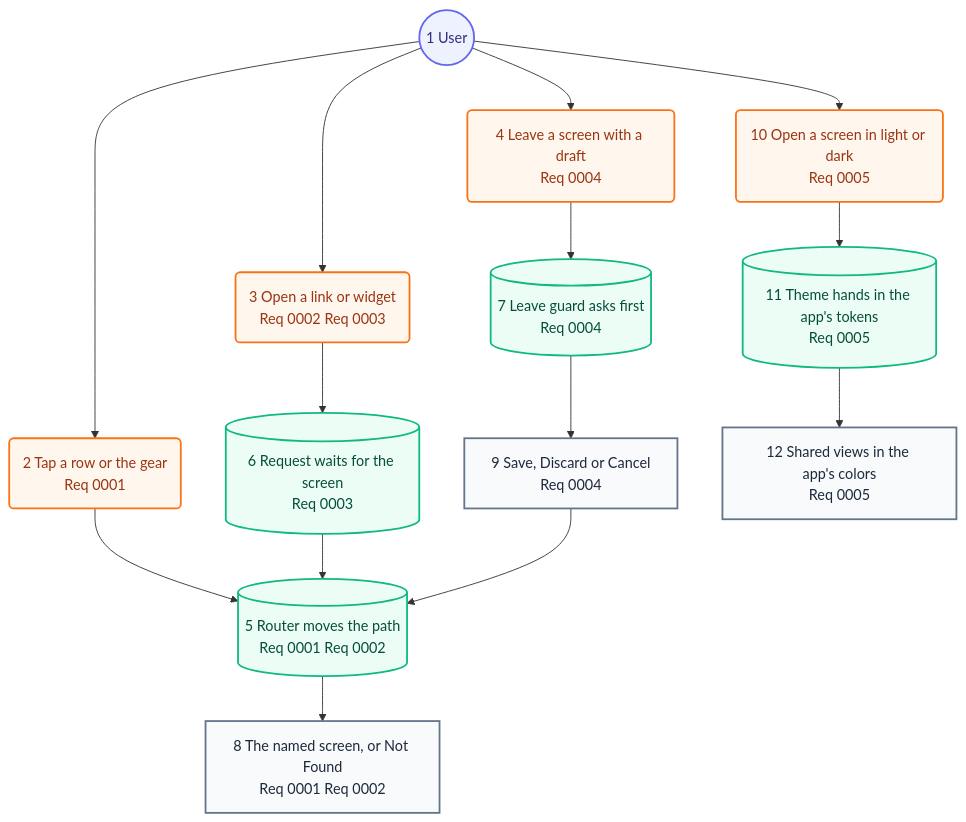
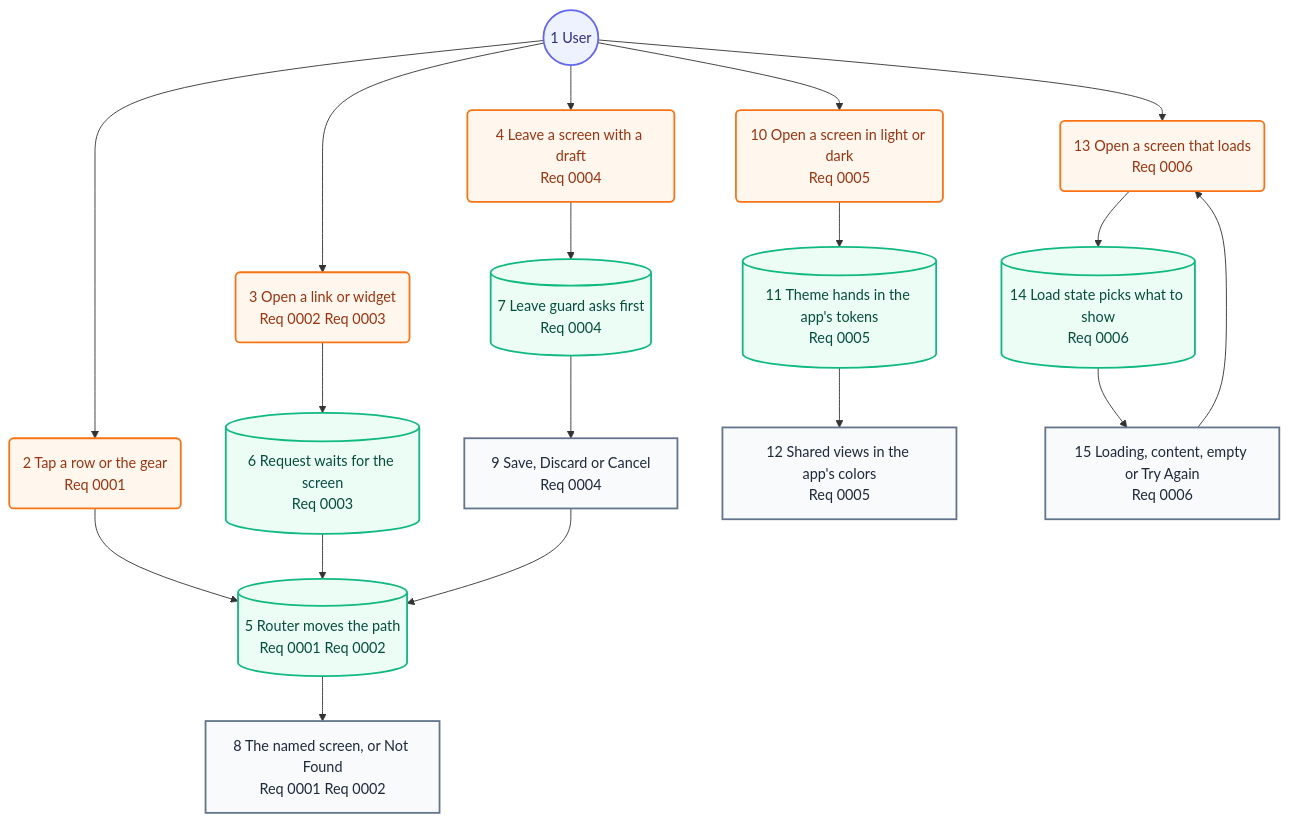
The second of 2 diagrams in docs/architecture/05-user-journey.md (may-journal/common-swift), drawn with Mermaid before and after one commit. The commit also changed other lines of this file and 15 other files, not shown here.

First line of the commit message:
feat(screen-states): add a ScreenStates package for loading, empty and failed screens

````diff
--- a/docs/architecture/05-user-journey.md
+++ b/docs/architecture/05-user-journey.md
@@ -31,34 +31,41 @@
 ```mermaid
 flowchart TB
     user((1 User)):::persona
     tap(2 Tap a row or the gear<br/>Req 0001):::action
     link(3 Open a link or widget<br/>Req 0002 Req 0003):::action
     leave(4 Leave a screen with a draft<br/>Req 0004):::action
     router[(5 Router moves the path<br/>Req 0001 Req 0002)]:::system
     held[(6 Request waits for the screen<br/>Req 0003)]:::system
     gate[(7 Leave guard asks first<br/>Req 0004)]:::system
     screen[8 The named screen, or Not Found<br/>Req 0001 Req 0002]:::screen
     prompt[9 Save, Discard or Cancel<br/>Req 0004]:::screen
     look(10 Open a screen in light or dark<br/>Req 0005):::action
     theme[(11 Theme hands in the app's tokens<br/>Req 0005)]:::system
     themed[12 Shared views in the app's colors<br/>Req 0005]:::screen
+    load(13 Open a screen that loads<br/>Req 0006):::action
+    states[(14 Load state picks what to show<br/>Req 0006)]:::system
+    shown[15 Loading, content, empty or Try Again<br/>Req 0006]:::screen
 
     user --> tap
     user --> link
     user --> leave
     tap --> router
     link --> held
     held --> router
     router --> screen
     leave --> gate
     gate --> prompt
     prompt --> router
     user --> look
     look --> theme
     theme --> themed
+    user --> load
+    load --> states
+    states --> shown
+    shown --> load
 
     classDef persona fill:#eef2ff,stroke:#6366f1,color:#312e81,stroke-width:2px
     classDef screen fill:#f8fafc,stroke:#64748b,color:#1e293b,stroke-width:2px
     classDef action fill:#fff7ed,stroke:#f97316,color:#9a3412,stroke-width:2px
     classDef system fill:#ecfdf5,stroke:#10b981,color:#064e3b,stroke-width:2px
 ```
````
